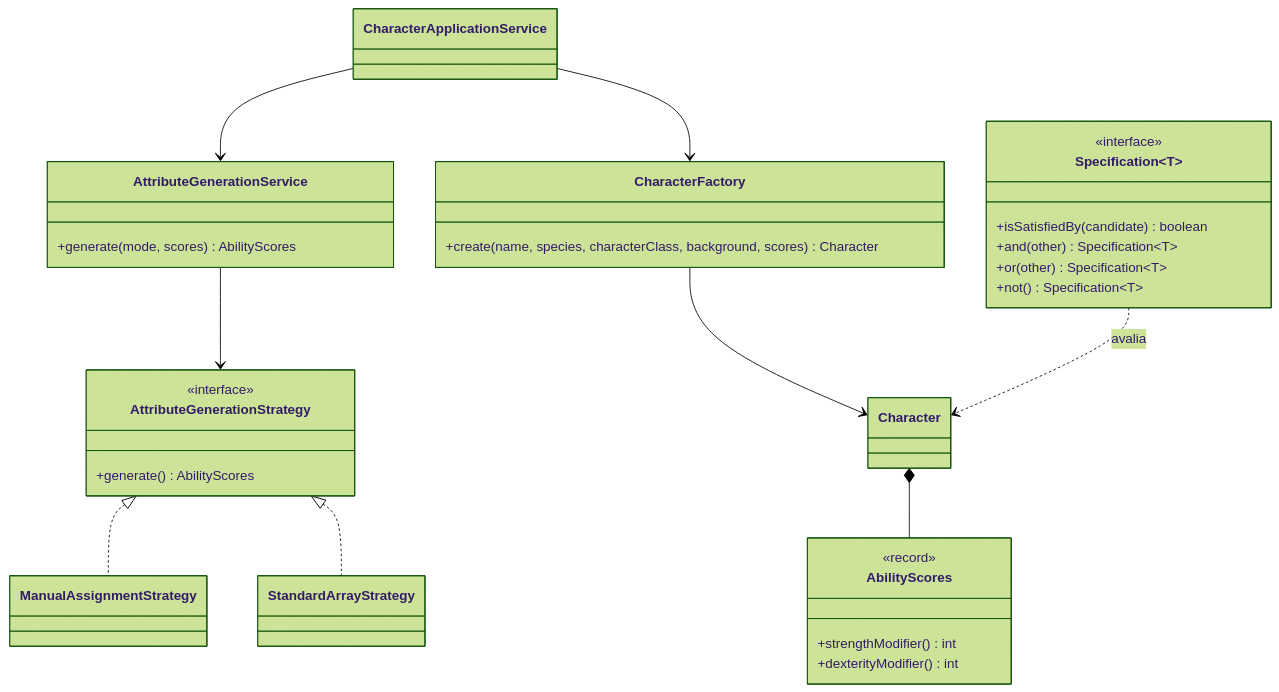
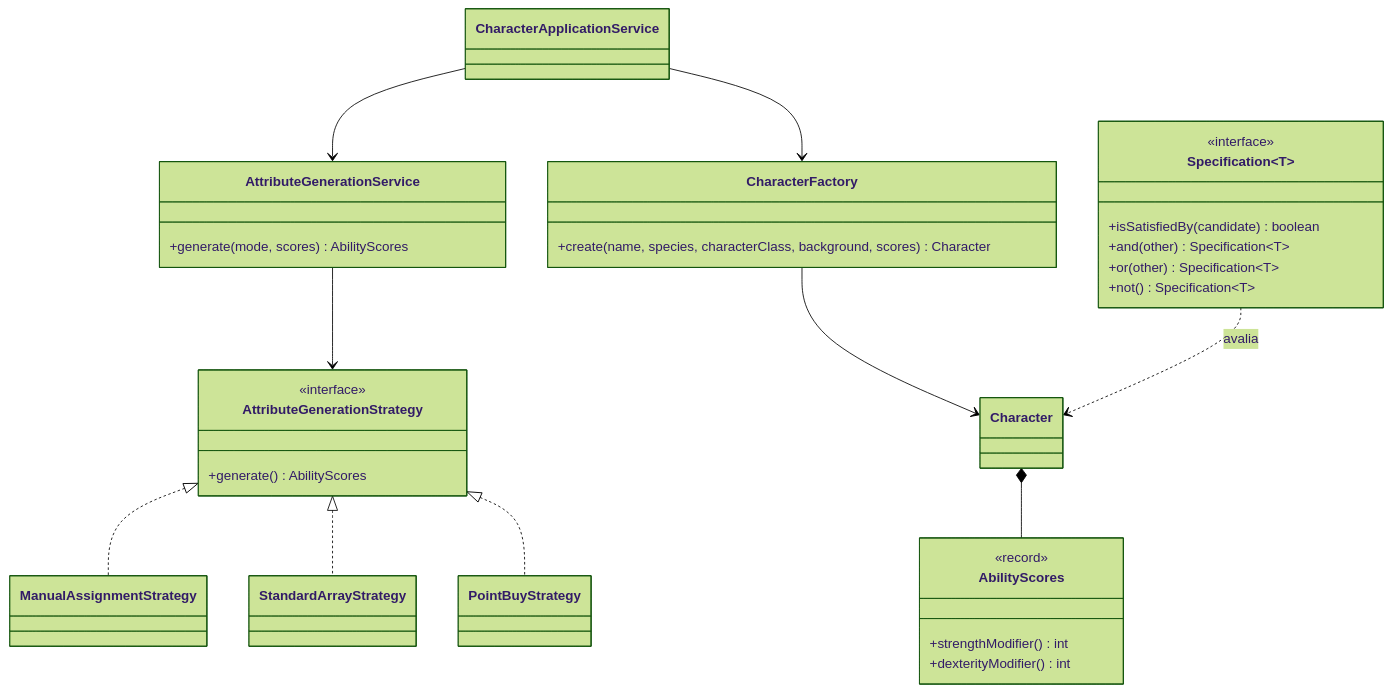
Before and after one commit to Vitor-C-Souza/dnd-character-forge: the diagram in README.md, drawn with Mermaid (forest theme). The commit also changed other lines of this file and 3 other files, not shown here.

Commit message:
feat(api): expose POINT_BUY on character creation and update docs

````diff
--- a/README.md
+++ b/README.md
@@ -74,38 +76,40 @@
 ```mermaid
 classDiagram
     class CharacterApplicationService
     class CharacterFactory {
         +create(name, species, characterClass, background, scores) Character
     }
     class AttributeGenerationService {
         +generate(mode, scores) AbilityScores
     }
     class AttributeGenerationStrategy {
         <<interface>>
         +generate() AbilityScores
     }
     class ManualAssignmentStrategy
     class StandardArrayStrategy
+    class PointBuyStrategy
     class Specification~T~ {
         <<interface>>
         +isSatisfiedBy(candidate) boolean
         +and(other) Specification~T~
         +or(other) Specification~T~
         +not() Specification~T~
     }
     class Character
     class AbilityScores {
         <<record>>
         +strengthModifier() int
         +dexterityModifier() int
     }
 
     CharacterApplicationService --> AttributeGenerationService
     CharacterApplicationService --> CharacterFactory
     AttributeGenerationService --> AttributeGenerationStrategy
     AttributeGenerationStrategy <|.. ManualAssignmentStrategy
     AttributeGenerationStrategy <|.. StandardArrayStrategy
+    AttributeGenerationStrategy <|.. PointBuyStrategy
     CharacterFactory --> Character
     Character *-- AbilityScores
-    Specification ..> Character : avalia
+    Specification ..> Character: avalia
 ```
````
